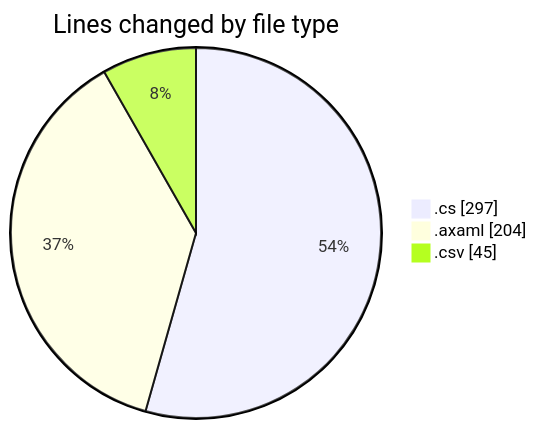
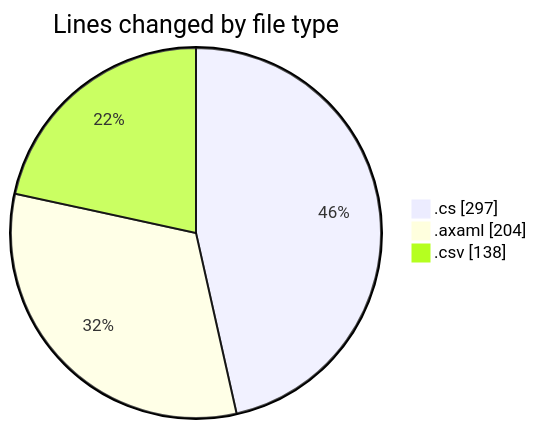
The first of 2 diagrams in 2025-10-26/skintrack/README.md (Netris89/code-tracking), drawn with Mermaid before and after one commit. The commit also changed other lines of this file and 1 other file, not shown here.

````diff
--- a/2025-10-26/skintrack/README.md
+++ b/2025-10-26/skintrack/README.md
@@ -32,7 +33,7 @@
 ```mermaid
 pie showData
 title Lines changed by file type
 ".cs" : 297
 ".axaml" : 204
-".csv" : 45
+".csv" : 138
 ```
````
